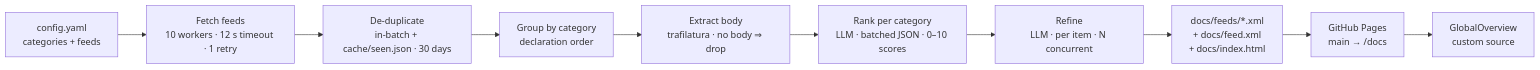
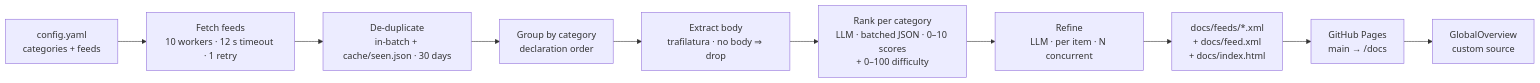
The diagram in README.md (None-Ptr/FeedOverview), drawn with Mermaid before and after one commit. The commit also changed other lines of this file and 9 other files, not shown here.

````diff
--- a/README.md
+++ b/README.md
@@ -77,12 +77,12 @@
 ```mermaid
 flowchart LR
     A["config.yaml<br/>categories + feeds"] --> B["Fetch feeds<br/>10 workers · 12 s timeout · 1 retry"]
     B --> C["De-duplicate<br/>in-batch + cache/seen.json · 30 days"]
     C --> D["Group by category<br/>declaration order"]
     D --> E["Extract body<br/>trafilatura · no body ⇒ drop"]
-    E --> F["Rank per category<br/>LLM · batched JSON · 0–10 scores"]
+    E --> F["Rank per category<br/>LLM · batched JSON · 0–10 scores<br/>+ 0–100 difficulty"]
     F --> G["Refine<br/>LLM · per item · N concurrent"]
     G --> H["docs/feeds/*.xml<br/>+ docs/feed.xml<br/>+ docs/index.html"]
     H --> I["GitHub Pages<br/>main → /docs"]
     I --> J["GlobalOverview<br/>custom source"]
 ```
````
